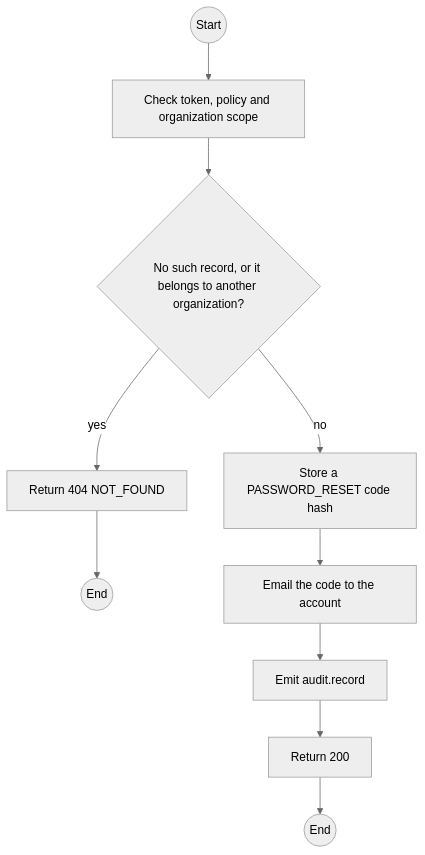
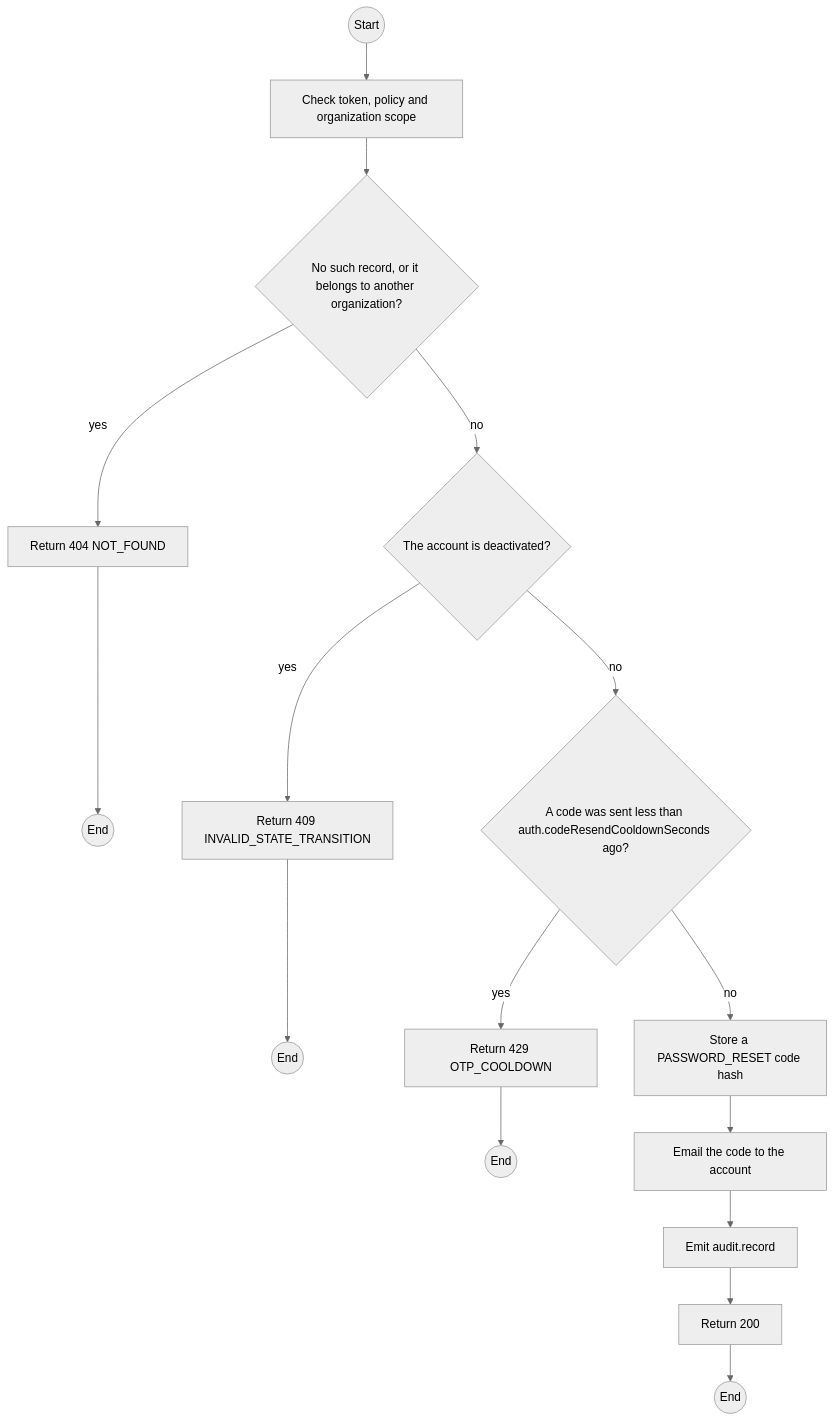
One commit to TrekLink-Team/treklink-web changed the first of 2 diagrams in specs/auth/api-design/14-post-accounts-id-password-reset.md. Above: the diagram before and after it, drawn with Mermaid (neutral theme). The commit also changed other lines of this file and 5 other files, not shown here.

````diff
--- a/specs/auth/api-design/14-post-accounts-id-password-reset.md
+++ b/specs/auth/api-design/14-post-accounts-id-password-reset.md
@@ -104,20 +138,30 @@
 ```mermaid
 flowchart TB
     S((Start))
     A0["Check token, policy and organization scope"]
     S --> A0
     D1{"No such record, or it belongs to another organization?"}
     A0 --> D1
     E1["Return 404 NOT_FOUND"]
     D1 -->|yes| E1
     E1 --> X1((End))
+    D2{"The account is deactivated?"}
+    D1 -->|no| D2
+    E2["Return 409 INVALID_STATE_TRANSITION"]
+    D2 -->|yes| E2
+    E2 --> X2((End))
+    D3{"A code was sent less than auth.codeResendCooldownSeconds ago?"}
+    D2 -->|no| D3
+    E3["Return 429 OTP_COOLDOWN"]
+    D3 -->|yes| E3
+    E3 --> X3((End))
     P0["Store a PASSWORD_RESET code hash"]
-    D1 -->|no| P0
+    D3 -->|no| P0
     P1["Email the code to the account"]
     P0 --> P1
     P2["Emit audit.record"]
     P1 --> P2
     OK["Return 200"]
     P2 --> OK
     OK --> Z((End))
 ```
````
